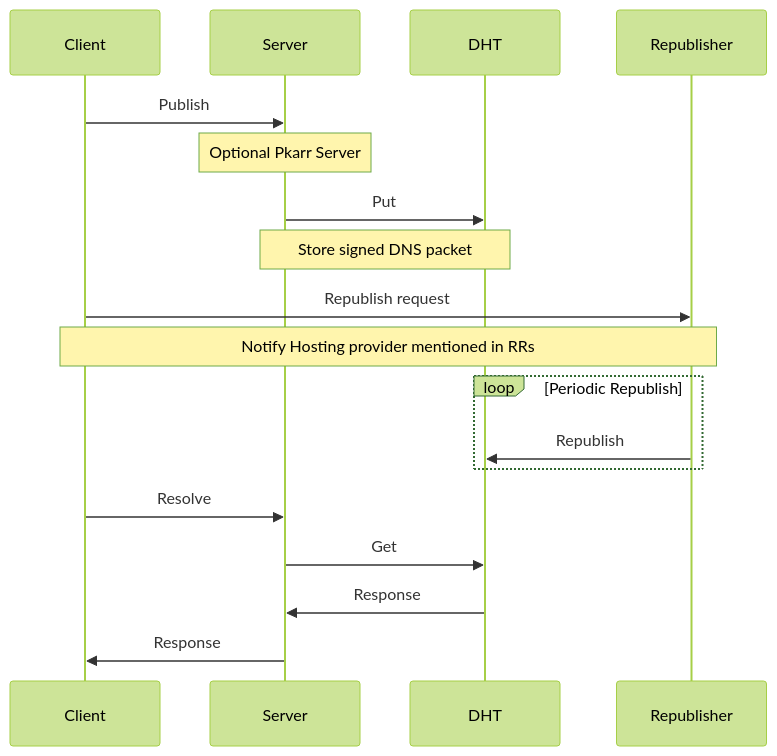
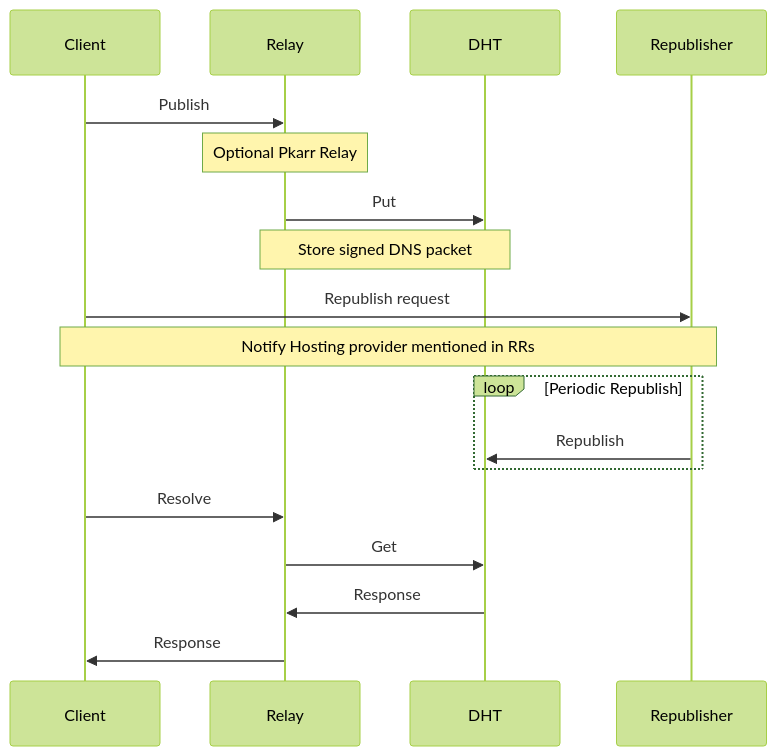
The diagram in README.md (pubky/pkarr), drawn with Mermaid (forest theme) before and after one commit. The commit also changed other lines of this file and 14 other files, not shown here.

Commit message:
feat(relay): rename server to relay everywhere that is relevant

````diff
--- a/README.md
+++ b/README.md
@@ -30,24 +30,24 @@
 ```mermaid
 sequenceDiagram
     participant Client
-    participant Server
+    participant Relay
     participant DHT
     participant Republisher
 
-    Client->>Server: Publish
-    note over Server: Optional Pkarr Server
-    Server->>DHT: Put
-    Note over Server,DHT: Store signed DNS packet
+    Client->>Relay: Publish
+    note over Relay: Optional Pkarr Relay
+    Relay->>DHT: Put
+    Note over Relay,DHT: Store signed DNS packet
 
     Client->>Republisher: Republish request
     note over Client, Republisher: Notify Hosting provider mentioned in RRs
 
     loop Periodic Republish
         Republisher->>DHT: Republish
     end
 
-    Client->>Server: Resolve
-    Server->>DHT: Get
-    DHT->>Server: Response
-    Server->>Client: Response
+    Client->>Relay: Resolve
+    Relay->>DHT: Get
+    DHT->>Relay: Response
+    Relay->>Client: Response
 ```
````
